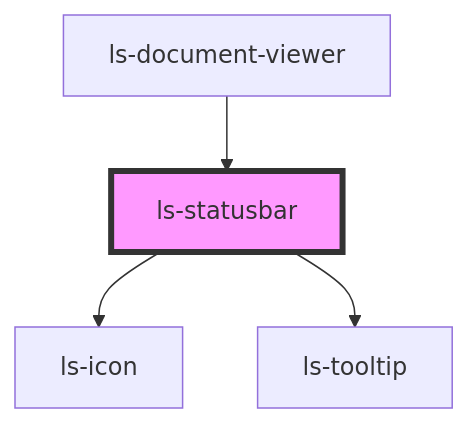
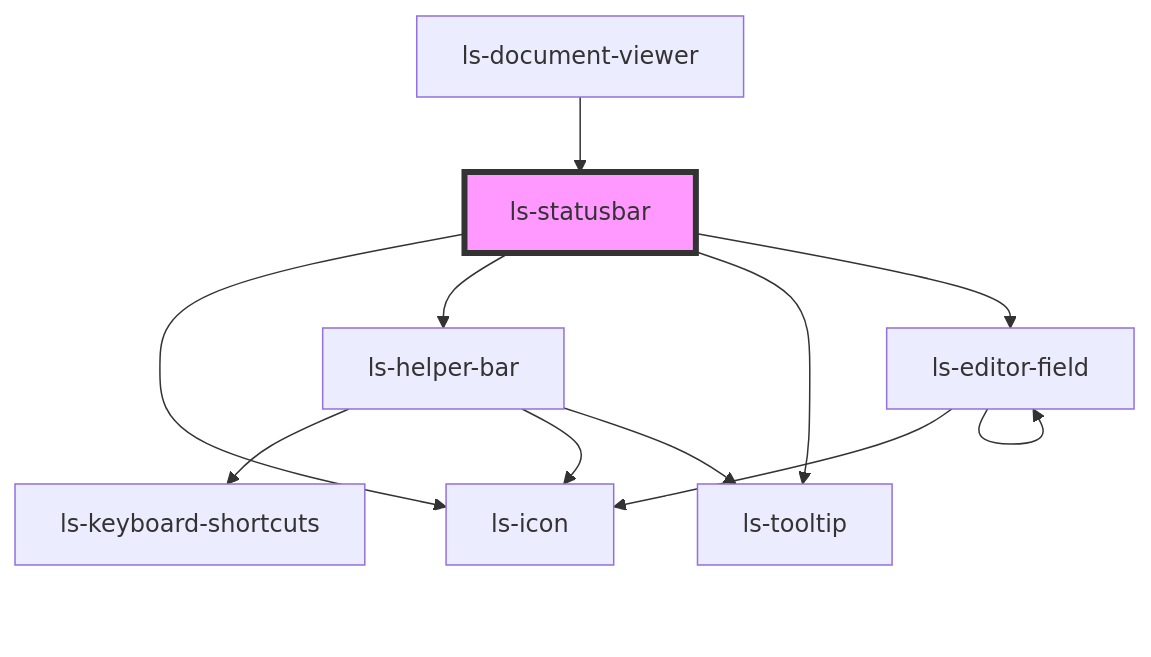
The diagram in src/components/ls-statusbar/readme.md (legalesign/ls-document-viewer), drawn with Mermaid before and after one commit. The commit also changed other lines of this file and 34 other files, not shown here.

````diff
--- a/src/components/ls-statusbar/readme.md
+++ b/src/components/ls-statusbar/readme.md
@@ -30,7 +32,14 @@
 ```mermaid
 graph TD;
   ls-statusbar --> ls-icon
+  ls-statusbar --> ls-helper-bar
   ls-statusbar --> ls-tooltip
+  ls-statusbar --> ls-editor-field
+  ls-helper-bar --> ls-keyboard-shortcuts
+  ls-helper-bar --> ls-icon
+  ls-helper-bar --> ls-tooltip
+  ls-editor-field --> ls-icon
+  ls-editor-field --> ls-editor-field
   ls-document-viewer --> ls-statusbar
   style ls-statusbar fill:#f9f,stroke:#333,stroke-width:4px
 ```
````
